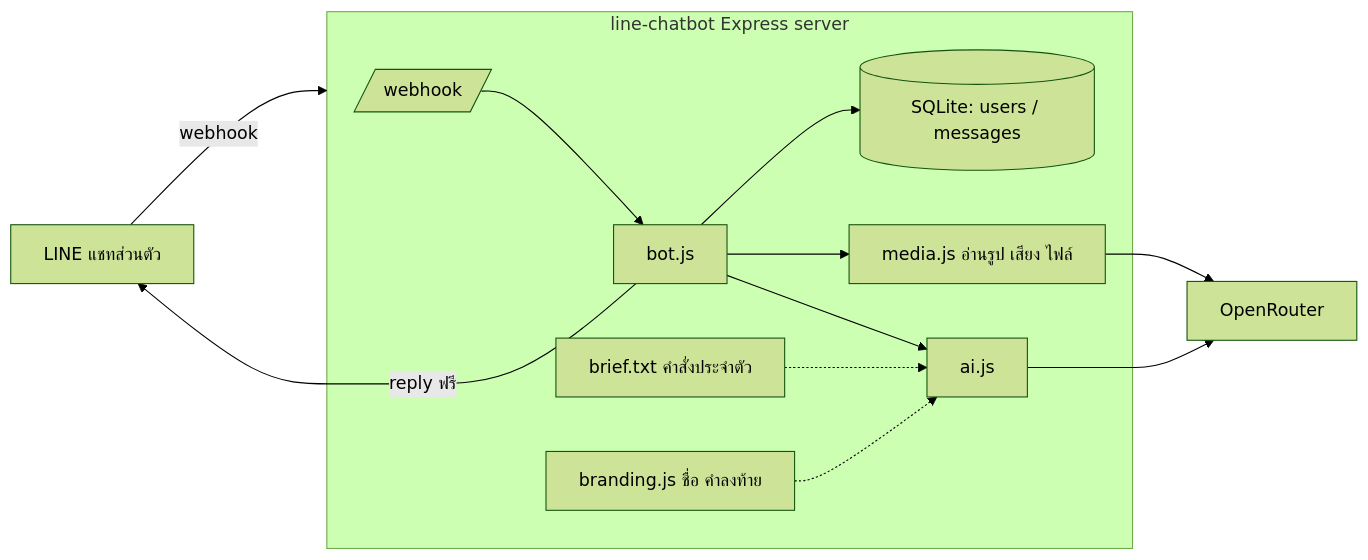
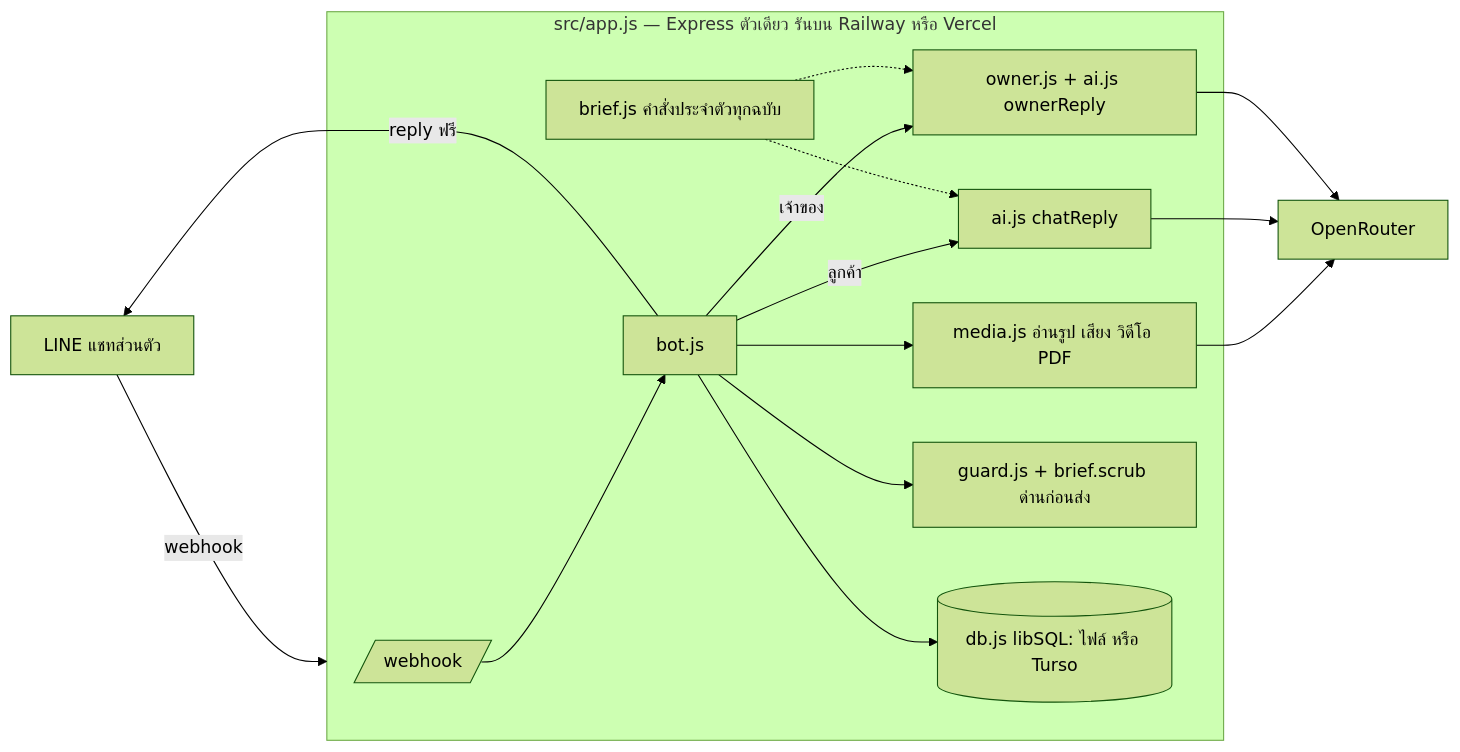
One commit to Panya-037/line-group-bot-share changed the first of 3 diagrams in WORKFLOW.md. Above: the diagram before and after it, drawn with Mermaid (forest theme). The commit also changed other lines of this file and 32 other files, not shown here.

First line of the commit message:
feat: v2.0 โหมดเจ้าของ + แบบหน้าที่ 7 ธุรกิจ + รองรับ Vercel

````diff
--- a/WORKFLOW.md
+++ b/WORKFLOW.md
@@ -7,15 +7,18 @@
 ```mermaid
 flowchart LR
     LINE[LINE แชทส่วนตัว] -- webhook --> APP
-    subgraph APP[line-chatbot Express server]
+    subgraph APP[src/app.js — Express ตัวเดียว รันบน Railway หรือ Vercel]
       WH[/webhook/] --> BOT[bot.js]
-      BOT --> DB[(SQLite: users / messages)]
-      BOT --> MEDIA[media.js อ่านรูป เสียง ไฟล์]
-      BOT --> AI[ai.js]
-      BRIEF[brief.txt คำสั่งประจำตัว] -.-> AI
-      BRAND[branding.js ชื่อ คำลงท้าย] -.-> AI
+      BOT -- ลูกค้า --> AI[ai.js chatReply]
+      BOT -- เจ้าของ --> OWN[owner.js + ai.js ownerReply]
+      BOT --> MEDIA[media.js อ่านรูป เสียง วิดีโอ PDF]
+      BOT --> GUARD[guard.js + brief.scrub ด่านก่อนส่ง]
+      BOT --> DB[(db.js libSQL: ไฟล์ หรือ Turso)]
+      BRIEF[brief.js คำสั่งประจำตัวทุกฉบับ] -.-> AI
+      BRIEF -.-> OWN
     end
     MEDIA --> OR[OpenRouter]
     AI --> OR
+    OWN --> OR
     BOT -- reply ฟรี --> LINE
 ```
````
